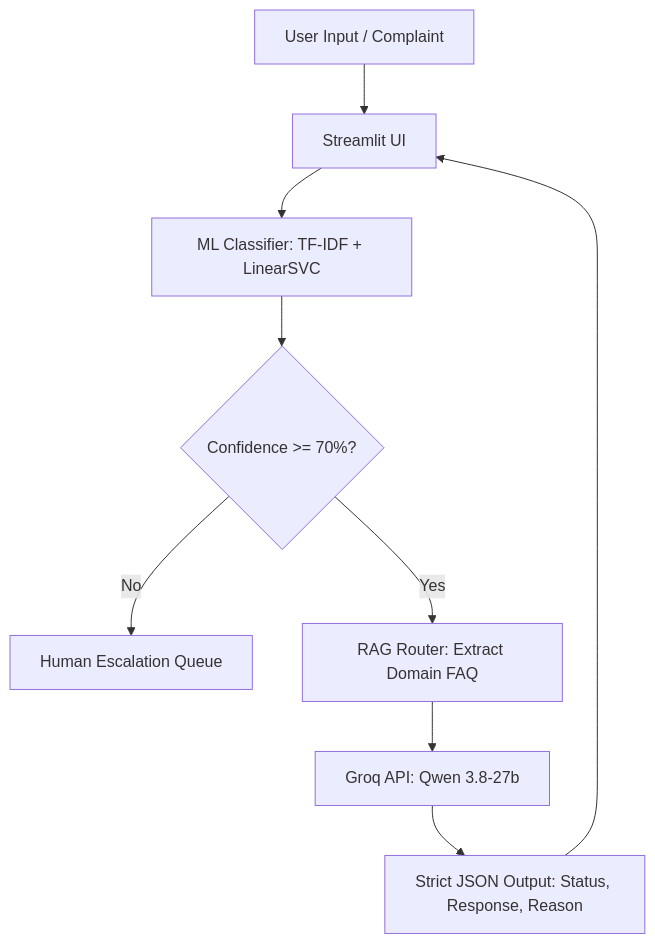
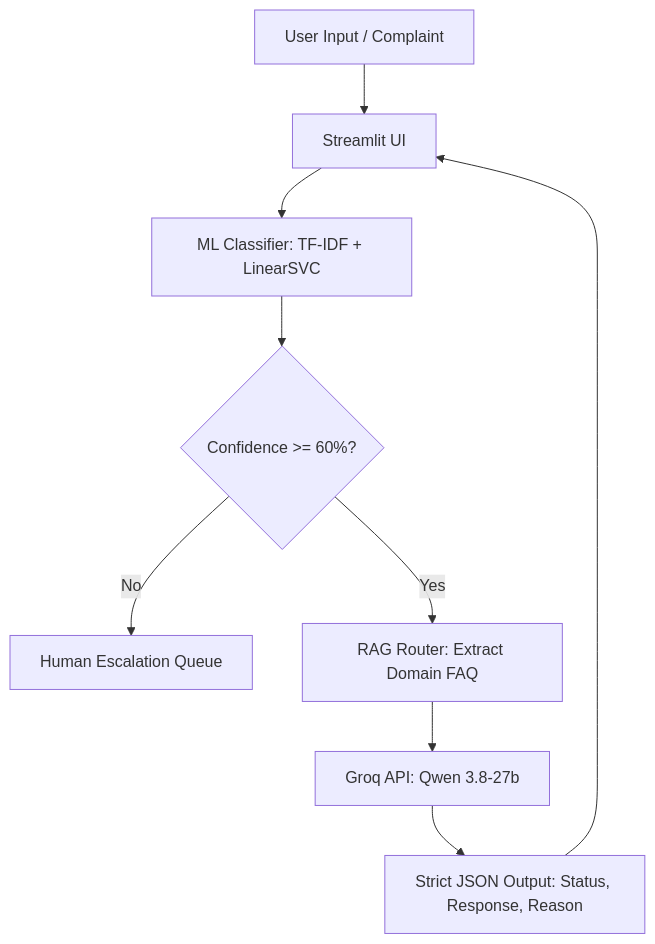
The diagram in README.md (moustafa-ash/customer-complains-classification-nti-final), drawn with Mermaid before and after one commit.

Commit message:
Update confidence threshold in flowchart to 60%

````diff
--- a/README.md
+++ b/README.md
@@ -37,11 +37,11 @@
 ```mermaid
 graph TD
     A[User Input / Complaint] --> B[Streamlit UI]
     B --> C[ML Classifier: TF-IDF + LinearSVC]
-    C --> D{Confidence >= 70%?}
+    C --> D{Confidence >= 60%?}
     D -- No --> E[Human Escalation Queue]
     D -- Yes --> F[RAG Router: Extract Domain FAQ]
     F --> G[Groq API: Qwen 3.8-27b]
     G --> H[Strict JSON Output: Status, Response, Reason]
     H --> B
 ```
````
